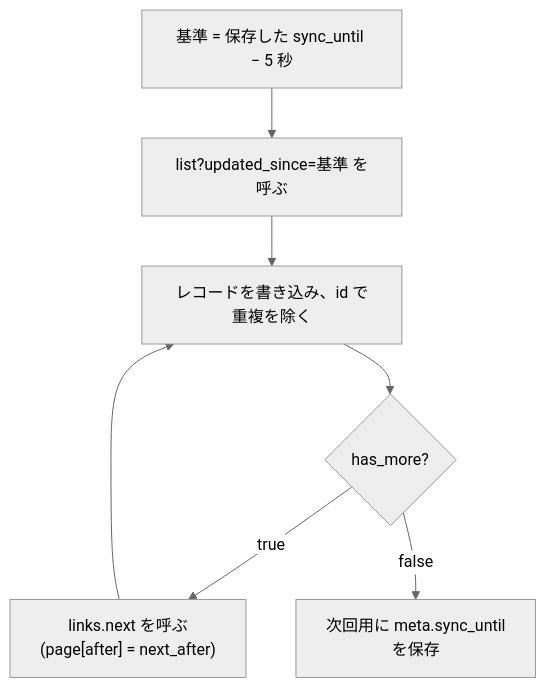
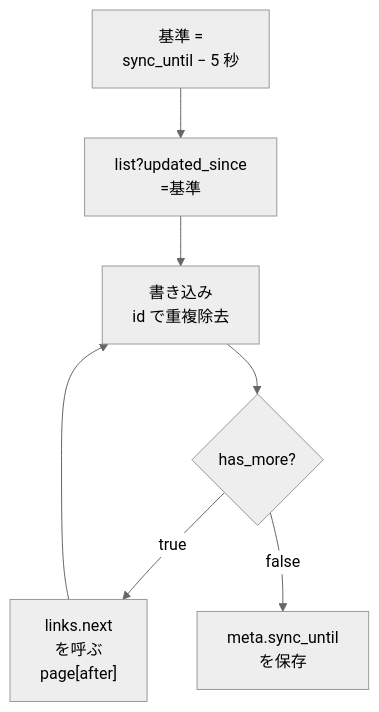
The second of 4 diagrams in api/api-sync_ja.md (gp247net/gp247-docs), drawn with Mermaid (neutral theme) before and after one commit. The commit also changed other lines of this file and 44 other files, not shown here.

First line of the commit message:
docs: redraw oversized diagrams in security, API and MCP docs (vi/en/ja)

````diff
--- a/api/api-sync_ja.md
+++ b/api/api-sync_ja.md
@@ -69,9 +69,9 @@
 ```mermaid
 flowchart TD
-    A["基準 = 保存した sync_until − 5 秒"] --> B["list?updated_since=基準 を呼ぶ"]
-    B --> C["レコードを書き込み、id で重複を除く"]
+    A["基準 =<br/>sync_until − 5 秒"] --> B["list?updated_since<br/>=基準"]
+    B --> C["書き込み<br/>id で重複除去"]
     C --> D{"has_more?"}
-    D -- "true" --> E["links.next を呼ぶ<br/>(page[after] = next_after)"]
+    D -- "true" --> E["links.next<br/>を呼ぶ<br/>page[after]"]
     E --> C
-    D -- "false" --> F["次回用に meta.sync_until<br/>を保存"]
+    D -- "false" --> F["meta.sync_until<br/>を保存"]
 ```
````
